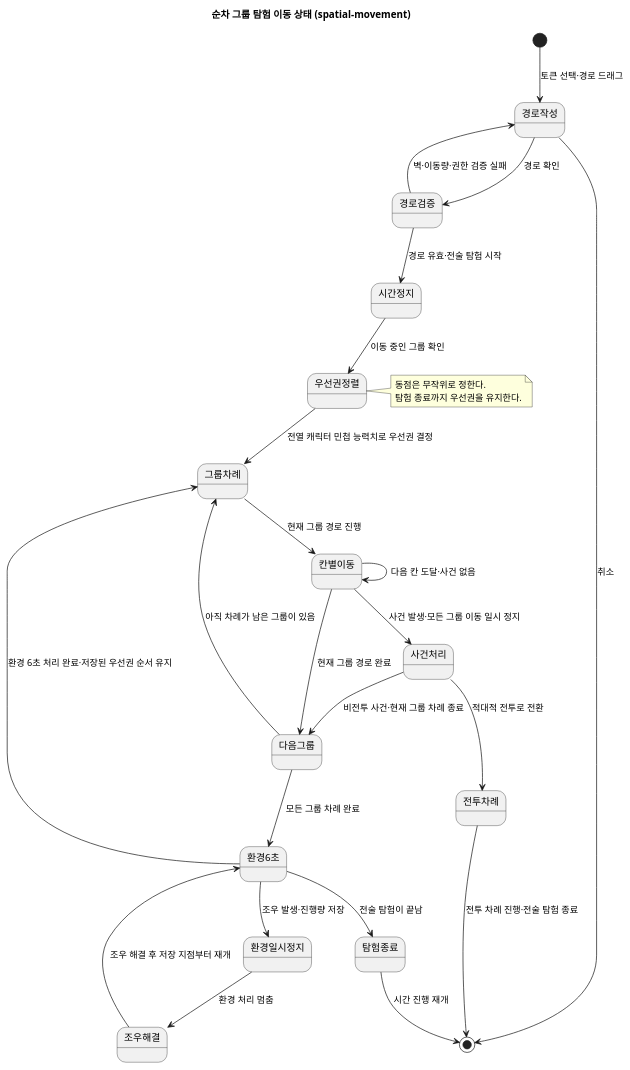
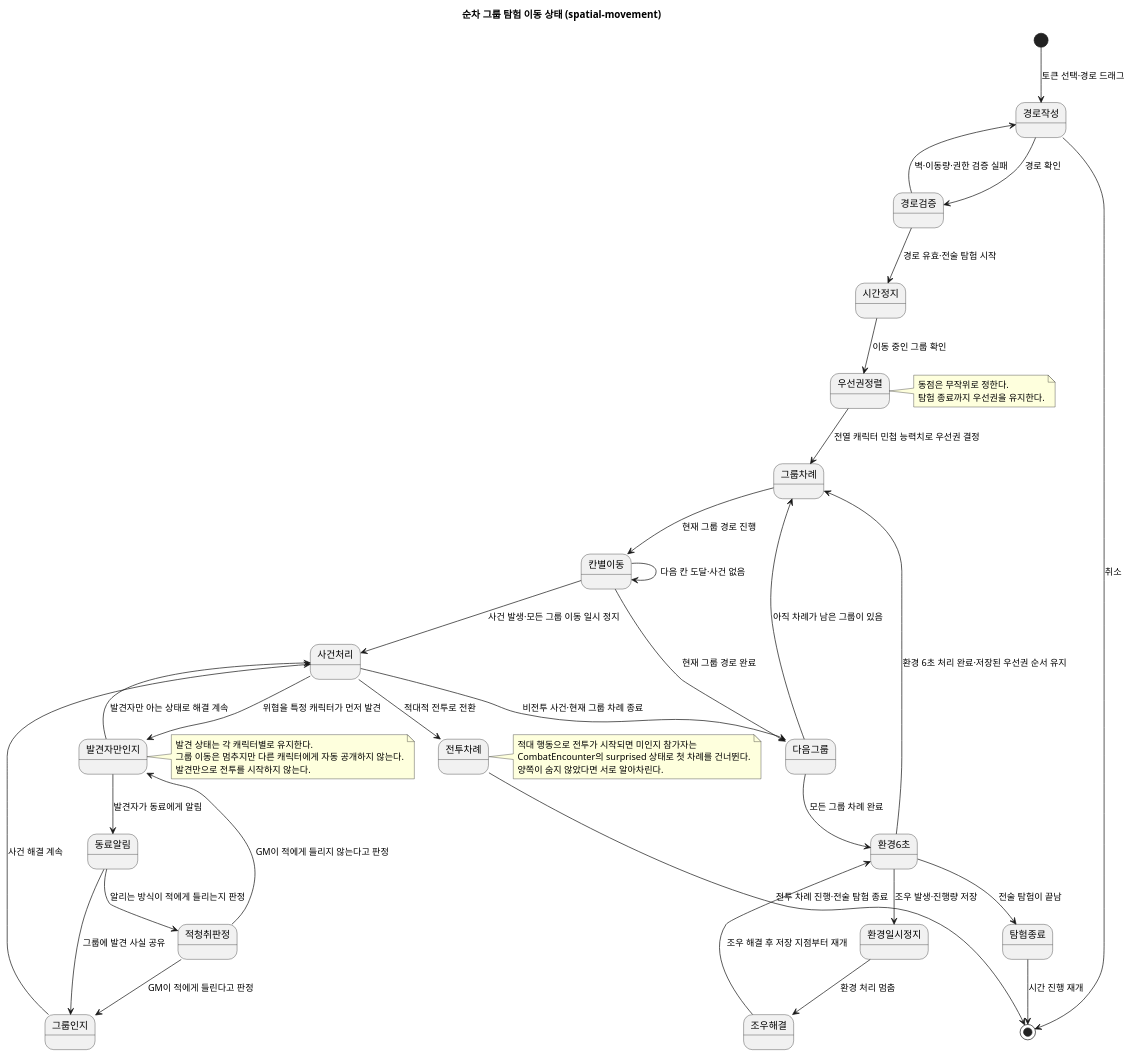
Before and after one commit to omegafrog/dnd-master: the diagram in docs/contracts/diagrams/spatial-movement.state.puml, drawn with PlantUML. The commit also changed 27 other files, not shown here.

```diff
--- a/docs/contracts/diagrams/spatial-movement.state.puml
+++ b/docs/contracts/diagrams/spatial-movement.state.puml
@@ -1,29 +1,47 @@
 @startuml
  title 순차 그룹 탐험 이동 상태 (spatial-movement)
  [*] --> 경로작성 : 토큰 선택·경로 드래그
  경로작성 --> 경로검증 : 경로 확인
  경로검증 --> 경로작성 : 벽·이동량·권한 검증 실패
  경로검증 --> 시간정지 : 경로 유효·전술 탐험 시작
  시간정지 --> 우선권정렬 : 이동 중인 그룹 확인
  우선권정렬 --> 그룹차례 : 전열 캐릭터 민첩 능력치로 우선권 결정
  note right of 우선권정렬
    동점은 무작위로 정한다.
    탐험 종료까지 우선권을 유지한다.
  end note
  그룹차례 --> 칸별이동 : 현재 그룹 경로 진행
  칸별이동 --> 칸별이동 : 다음 칸 도달·사건 없음
  칸별이동 --> 사건처리 : 사건 발생·모든 그룹 이동 일시 정지
  사건처리 --> 전투차례 : 적대적 전투로 전환
+ 사건처리 --> 발견자만인지 : 위협을 특정 캐릭터가 먼저 발견
+ 발견자만인지 --> 동료알림 : 발견자가 동료에게 알림
+ 동료알림 --> 그룹인지 : 그룹에 발견 사실 공유
+ 동료알림 --> 적청취판정 : 알리는 방식이 적에게 들리는지 판정
+ 적청취판정 --> 그룹인지 : GM이 적에게 들린다고 판정
+ 적청취판정 --> 발견자만인지 : GM이 적에게 들리지 않는다고 판정
+ 그룹인지 --> 사건처리 : 사건 해결 계속
+ 발견자만인지 --> 사건처리 : 발견자만 아는 상태로 해결 계속
  사건처리 --> 다음그룹 : 비전투 사건·현재 그룹 차례 종료
  칸별이동 --> 다음그룹 : 현재 그룹 경로 완료
  다음그룹 --> 그룹차례 : 아직 차례가 남은 그룹이 있음
  다음그룹 --> 환경6초 : 모든 그룹 차례 완료
  환경6초 --> 환경일시정지 : 조우 발생·진행량 저장
  환경일시정지 --> 조우해결 : 환경 처리 멈춤
  조우해결 --> 환경6초 : 조우 해결 후 저장 지점부터 재개
  환경6초 --> 그룹차례 : 환경 6초 처리 완료·저장된 우선권 순서 유지
  전투차례 --> [*] : 전투 차례 진행·전술 탐험 종료
  환경6초 --> 탐험종료 : 전술 탐험이 끝남
  탐험종료 --> [*] : 시간 진행 재개
  경로작성 --> [*] : 취소
+ note right of 발견자만인지
+   발견 상태는 각 캐릭터별로 유지한다.
+   그룹 이동은 멈추지만 다른 캐릭터에게 자동 공개하지 않는다.
+   발견만으로 전투를 시작하지 않는다.
+ end note
+ note right of 전투차례
+   적대 행동으로 전투가 시작되면 미인지 참가자는
+   CombatEncounter의 surprised 상태로 첫 차례를 건너뛴다.
+   양쪽이 숨지 않았다면 서로 알아차린다.
+ end note
 @enduml
```
